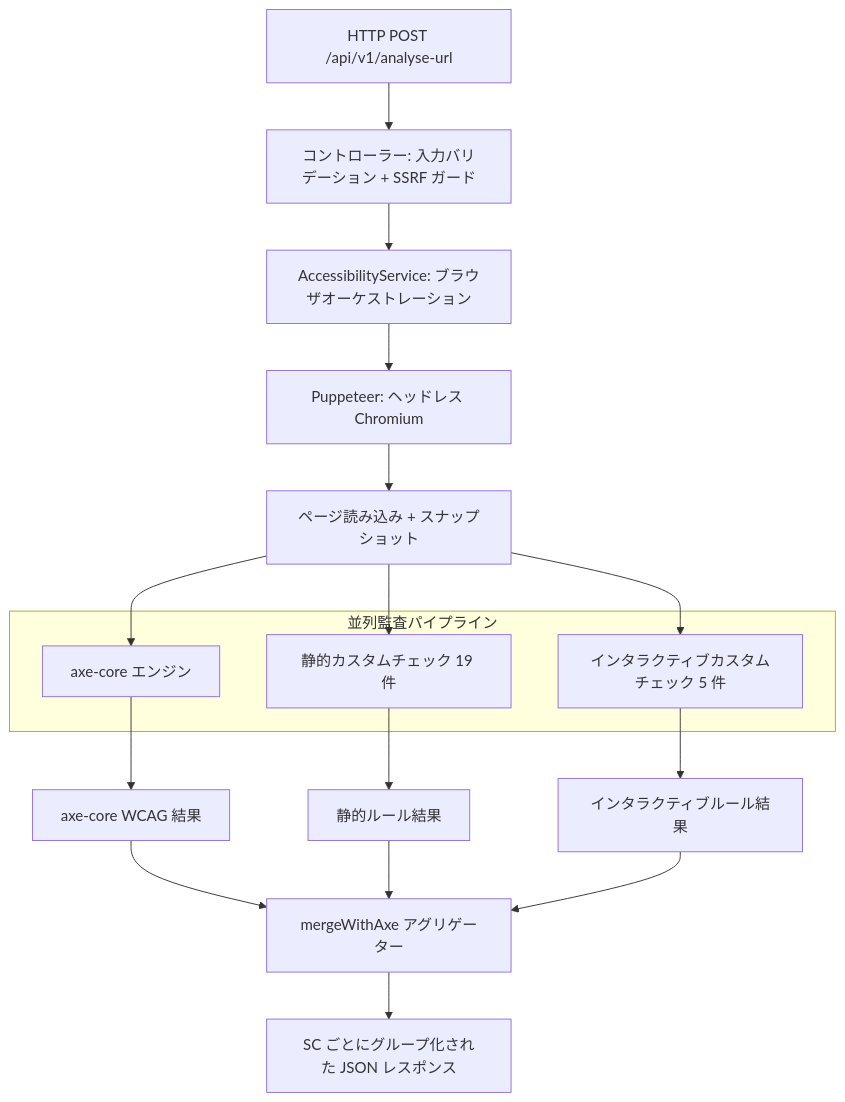
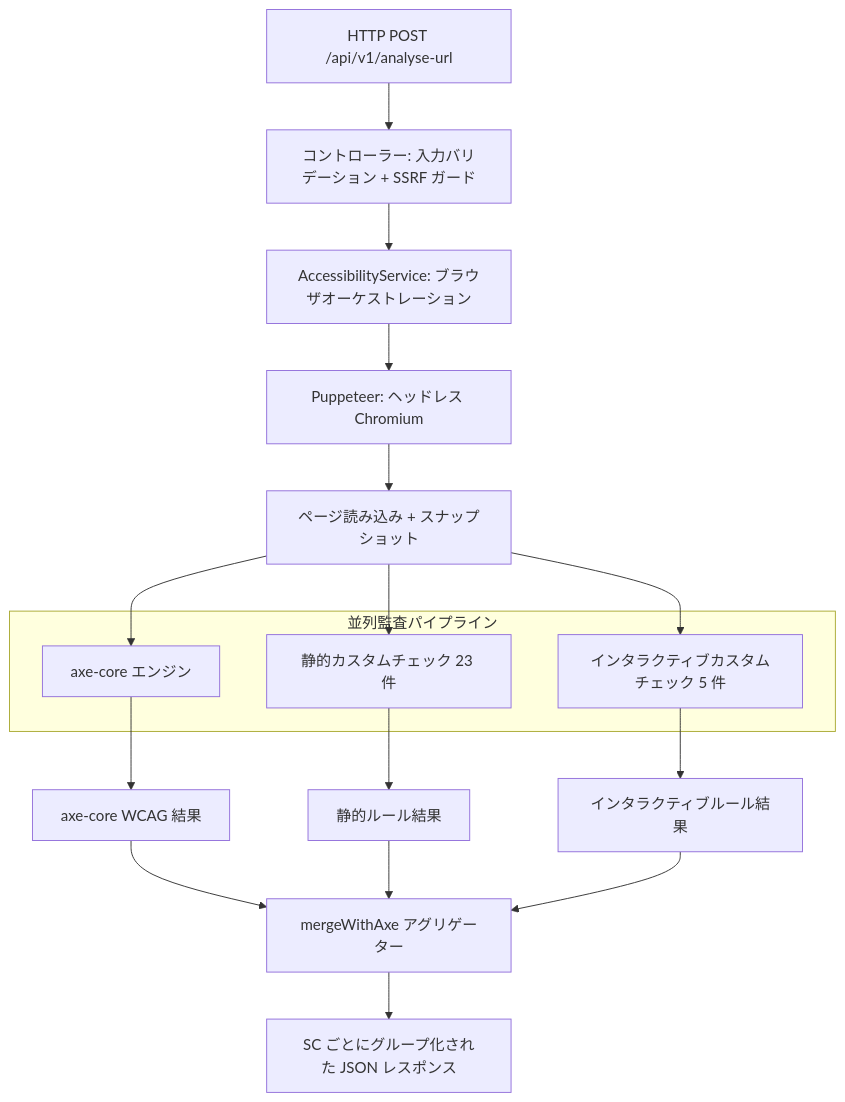
Before and after one commit to Sanjaypranavbc/ka11y: the first of 26 diagrams in ka11y-docs/internals/node-rules-flow-analysis-ja.mdx, drawn with Mermaid. The commit also changed other lines of this file and 3 other files, not shown here.

````diff
--- a/ka11y-docs/internals/node-rules-flow-analysis-ja.mdx
+++ b/ka11y-docs/internals/node-rules-flow-analysis-ja.mdx
@@ -18,24 +20,24 @@
 ```mermaid
 flowchart TD
     A["HTTP POST /api/v1/analyse-url"] --> B["コントローラー: 入力バリデーション + SSRF ガード"]
     B --> C["AccessibilityService: ブラウザオーケストレーション"]
     C --> D["Puppeteer: ヘッドレス Chromium"]
     D --> E["ページ読み込み + スナップショット"]
 
     subgraph "並列監査パイプライン"
         F["axe-core エンジン"]
-        G["静的カスタムチェック 19 件"]
+        G["静的カスタムチェック 23 件"]
         H["インタラクティブカスタムチェック 5 件"]
     end
 
     E --> F
     E --> G
     E --> H
 
     F --> I["axe-core WCAG 結果"]
     G --> J["静的ルール結果"]
     H --> K["インタラクティブルール結果"]
 
     I & J & K --> L["mergeWithAxe アグリゲーター"]
     L --> M["SC ごとにグループ化された JSON レスポンス"]
 ```
````
